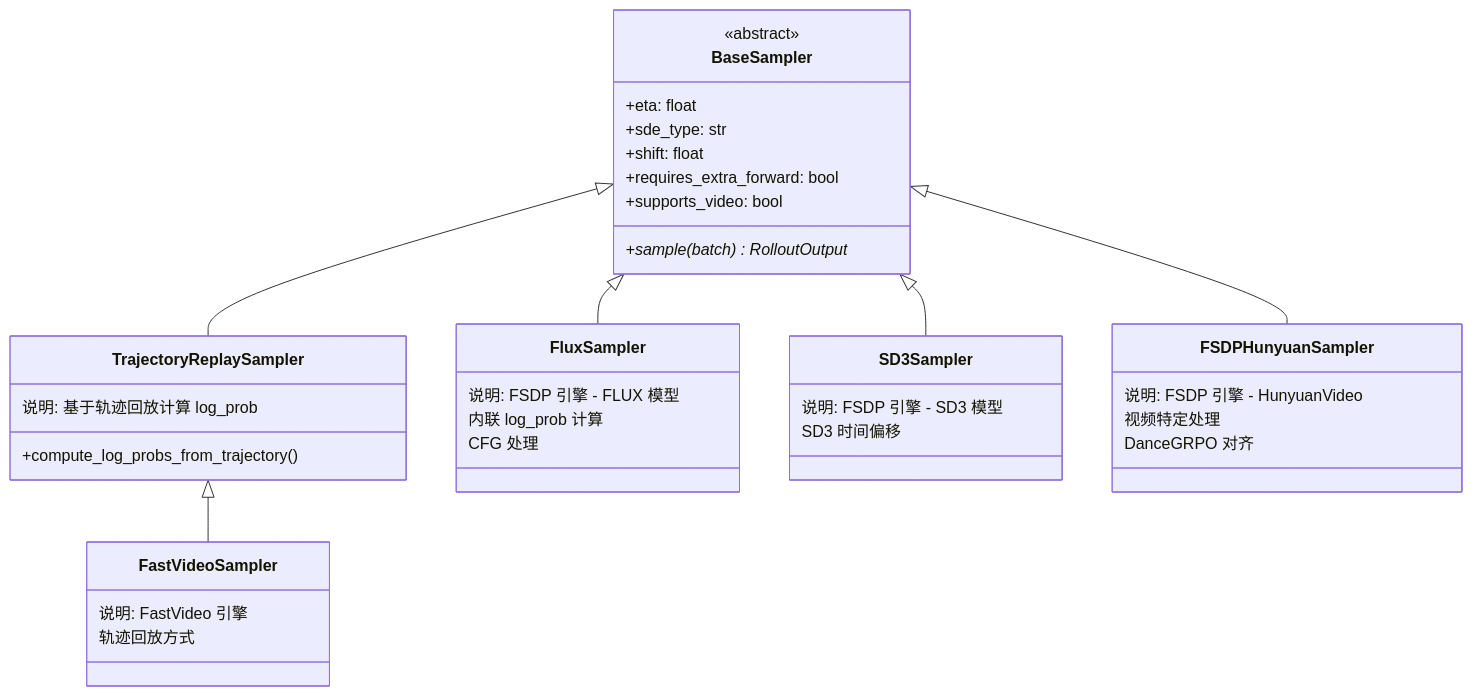
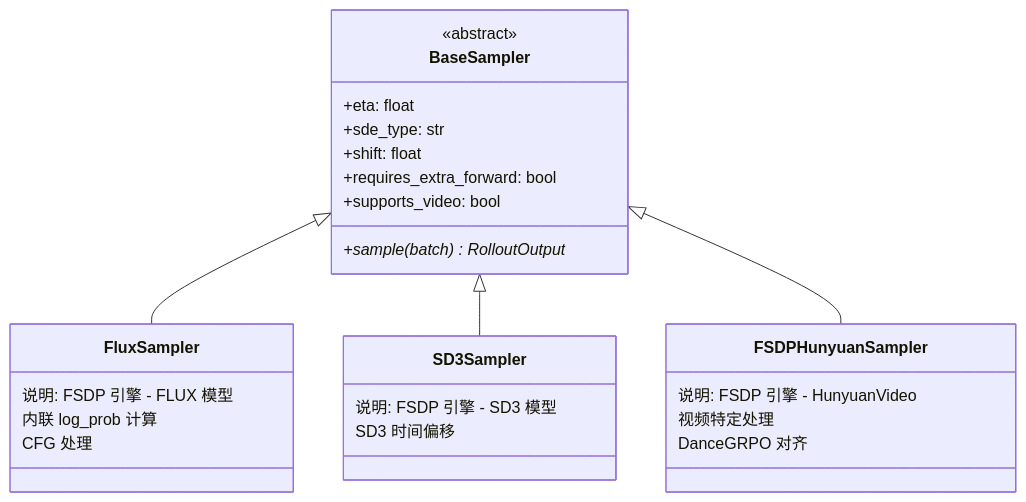
One commit to celve/unirl changed the eighth of 27 diagrams in docs/Diffusion_RL_Design_Analysis.md. Above: the diagram before and after it, drawn with Mermaid. The commit also changed other lines of this file and 6 other files, not shown here.

Commit message:
docs: update architecture guide and extension templates

````diff
--- a/docs/Diffusion_RL_Design_Analysis.md
+++ b/docs/Diffusion_RL_Design_Analysis.md
@@ -1425,45 +1410,33 @@
 ```mermaid
 classDiagram
     class BaseSampler {
         <<abstract>>
         +eta: float
         +sde_type: str
         +shift: float
         +sample(batch)* RolloutOutput
         +requires_extra_forward: bool
         +supports_video: bool
-    }
-
-    class TrajectoryReplaySampler {
-        说明: 基于轨迹回放计算 log_prob
-        +compute_log_probs_from_trajectory()
     }
 
     class FluxSampler {
         说明: FSDP 引擎 - FLUX 模型
         内联 log_prob 计算
         CFG 处理
     }
 
     class SD3Sampler {
         说明: FSDP 引擎 - SD3 模型
         SD3 时间偏移
     }
 
     class FSDPHunyuanSampler {
         说明: FSDP 引擎 - HunyuanVideo
         视频特定处理
         DanceGRPO 对齐
     }
 
-    class FastVideoSampler {
-        说明: FastVideo 引擎
-        轨迹回放方式
-    }
-
-    BaseSampler <|-- TrajectoryReplaySampler
     BaseSampler <|-- FluxSampler
     BaseSampler <|-- SD3Sampler
     BaseSampler <|-- FSDPHunyuanSampler
-    TrajectoryReplaySampler <|-- FastVideoSampler
 ```
````
